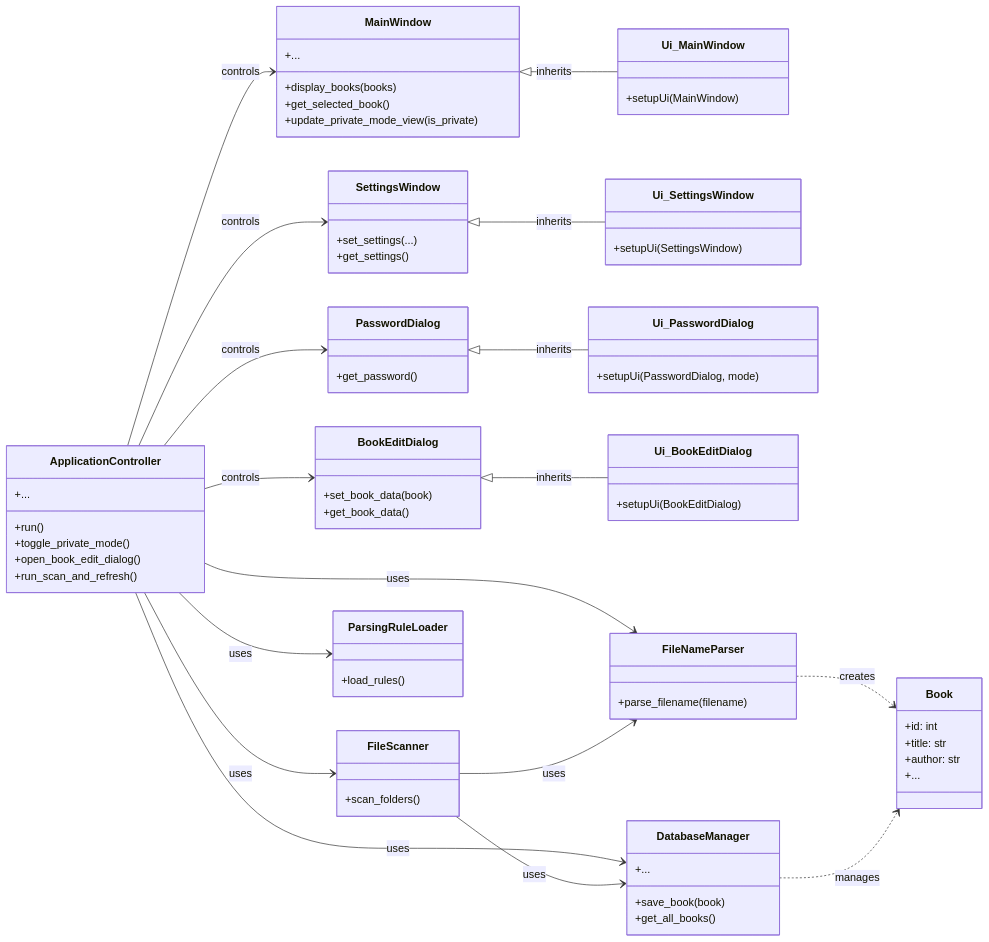
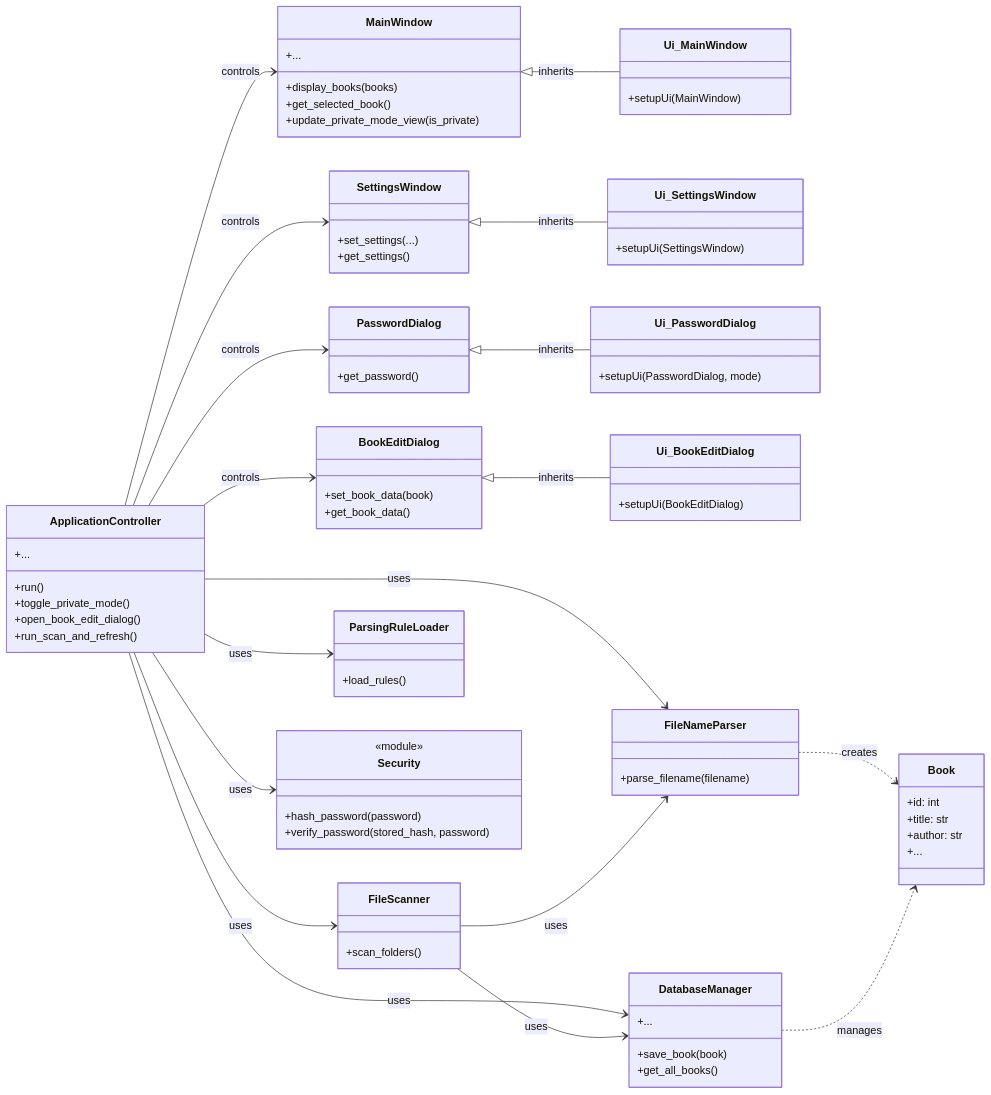
Before and after one commit to IkuseTohki/Cristalib: the diagram in spec/design/class_diagram.md, drawn with Mermaid. The commit also changed other lines of this file, not shown here.

Commit message:
クラス図を更新

```diff
--- a/spec/design/class_diagram.md
+++ b/spec/design/class_diagram.md
@@ -71,6 +71,11 @@
         class ParsingRuleLoader {
             +load_rules()
         }
+        class Security {
+            <<module>>
+            +hash_password(password)
+            +verify_password(stored_hash, password)
+        }
     end
 
     subgraph Models
@@ -91,6 +96,7 @@
     ApplicationController --> DatabaseManager : uses
     ApplicationController --> FileNameParser : uses
     ApplicationController --> ParsingRuleLoader : uses
+    ApplicationController --> Security : uses
 
     MainWindow <|-- Ui_MainWindow : inherits
     SettingsWindow <|-- Ui_SettingsWindow : inherits
```
